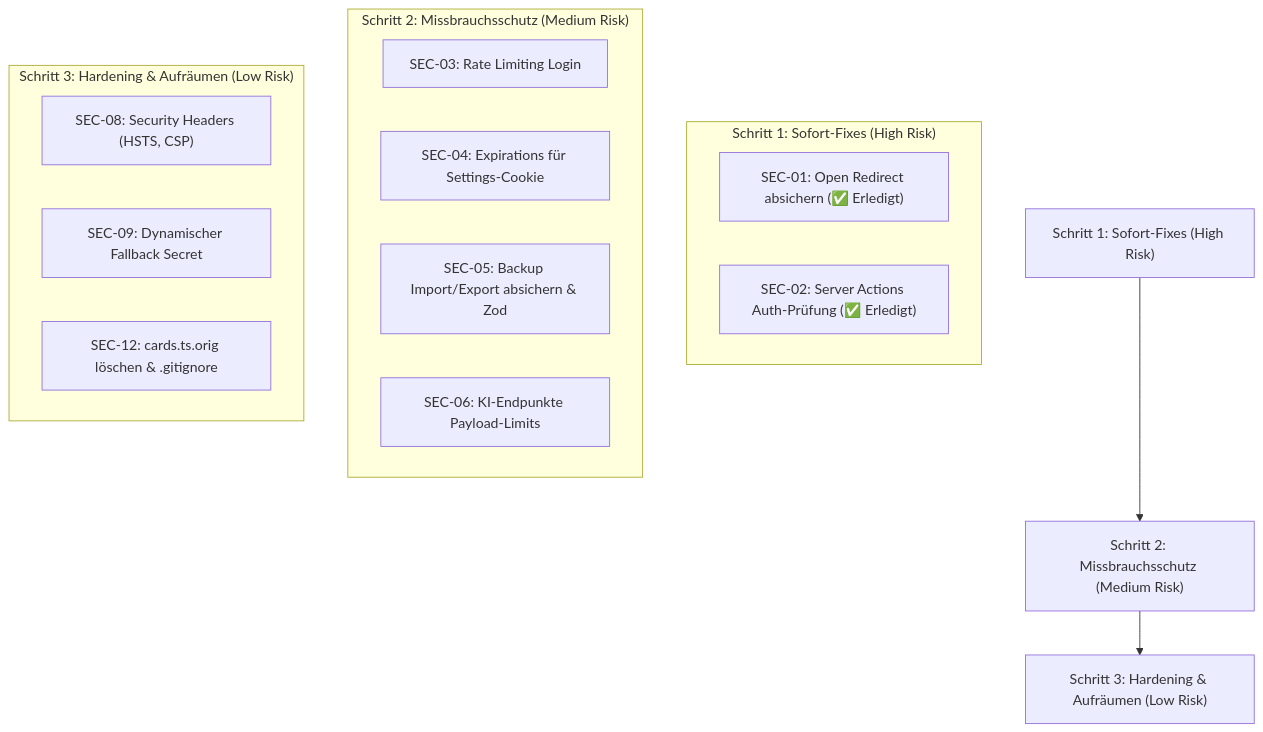
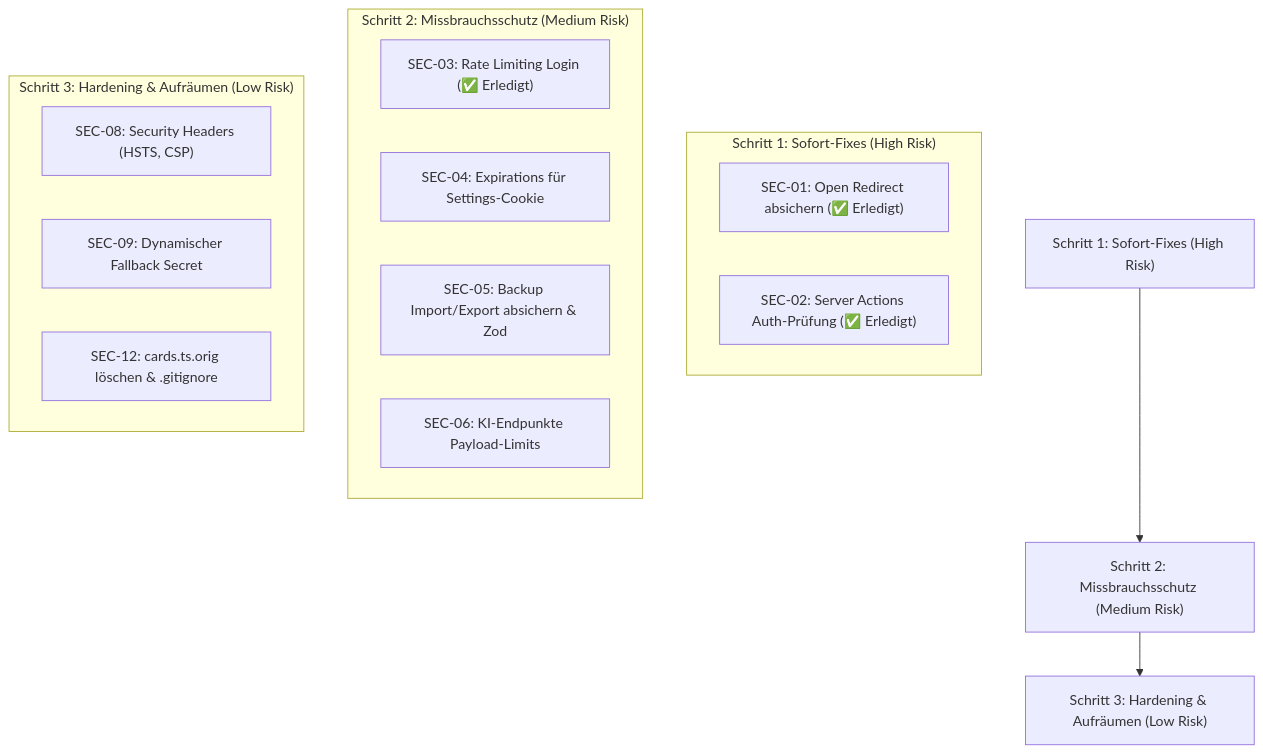
One commit to Le0nB2/vokabeltrainer changed the diagram in security-audit.md. Above: the diagram before and after it, drawn with Mermaid. The commit also changed other lines of this file and 4 other files, not shown here.

Commit message:
fix(security): SEC-03 Rate-Limiting gegen Brute-Force auf Login und Einstellungen

````diff
--- a/security-audit.md
+++ b/security-audit.md
@@ -182,23 +188,23 @@
 ```mermaid
 flowchart TD
     A["Schritt 1: Sofort-Fixes (High Risk)"] --> B["Schritt 2: Missbrauchsschutz (Medium Risk)"]
     B --> C["Schritt 3: Hardening & Aufräumen (Low Risk)"]
 
     subgraph "Schritt 1: Sofort-Fixes (High Risk)"
         S1["SEC-01: Open Redirect absichern (✅ Erledigt)"]
         S2["SEC-02: Server Actions Auth-Prüfung (✅ Erledigt)"]
     end
 
     subgraph "Schritt 2: Missbrauchsschutz (Medium Risk)"
-        S3["SEC-03: Rate Limiting Login"]
+        S3["SEC-03: Rate Limiting Login (✅ Erledigt)"]
         S4["SEC-04: Expirations für Settings-Cookie"]
         S5["SEC-05: Backup Import/Export absichern & Zod"]
         S6["SEC-06: KI-Endpunkte Payload-Limits"]
     end
 
     subgraph "Schritt 3: Hardening & Aufräumen (Low Risk)"
         S7["SEC-08: Security Headers (HSTS, CSP)"]
         S8["SEC-09: Dynamischer Fallback Secret"]
         S9["SEC-12: cards.ts.orig löschen & .gitignore"]
     end
 ```
````
